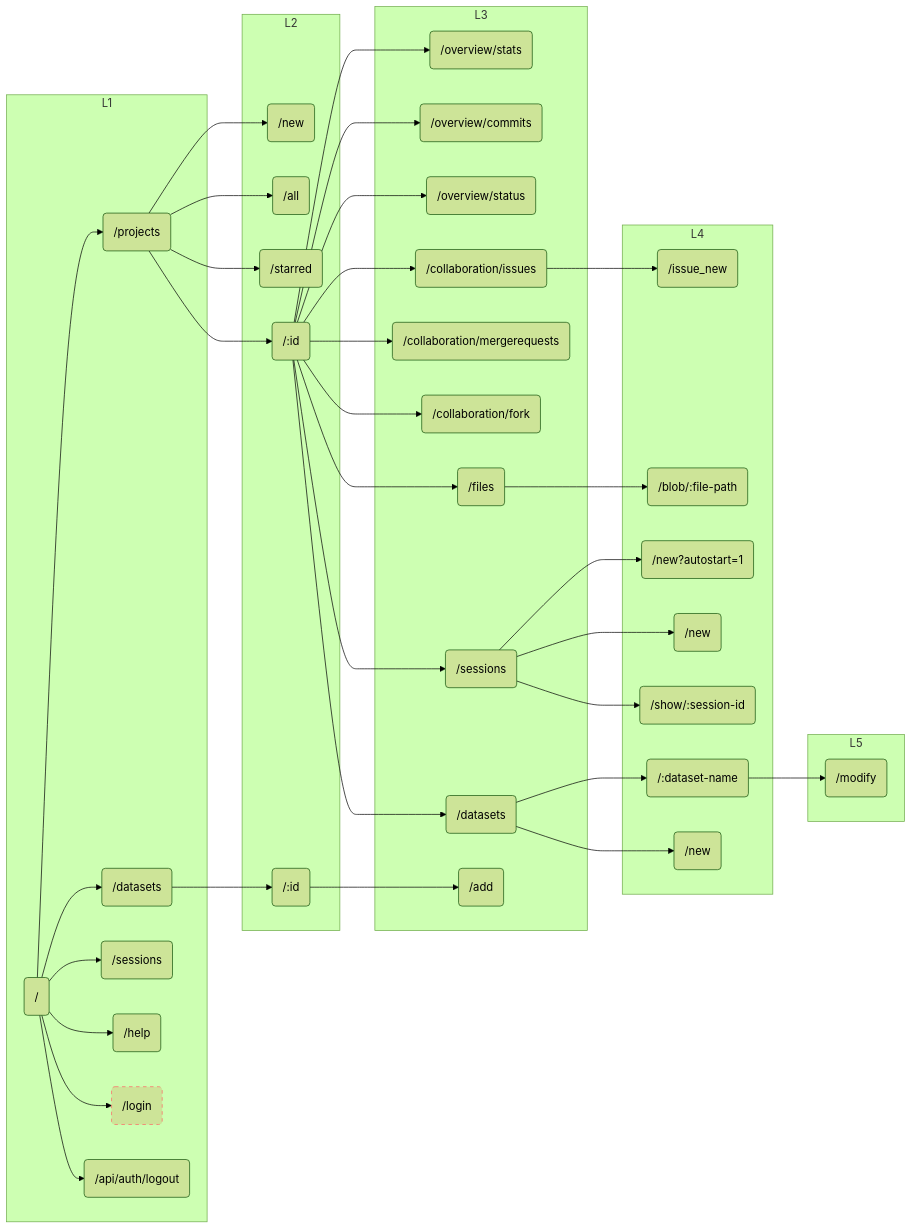
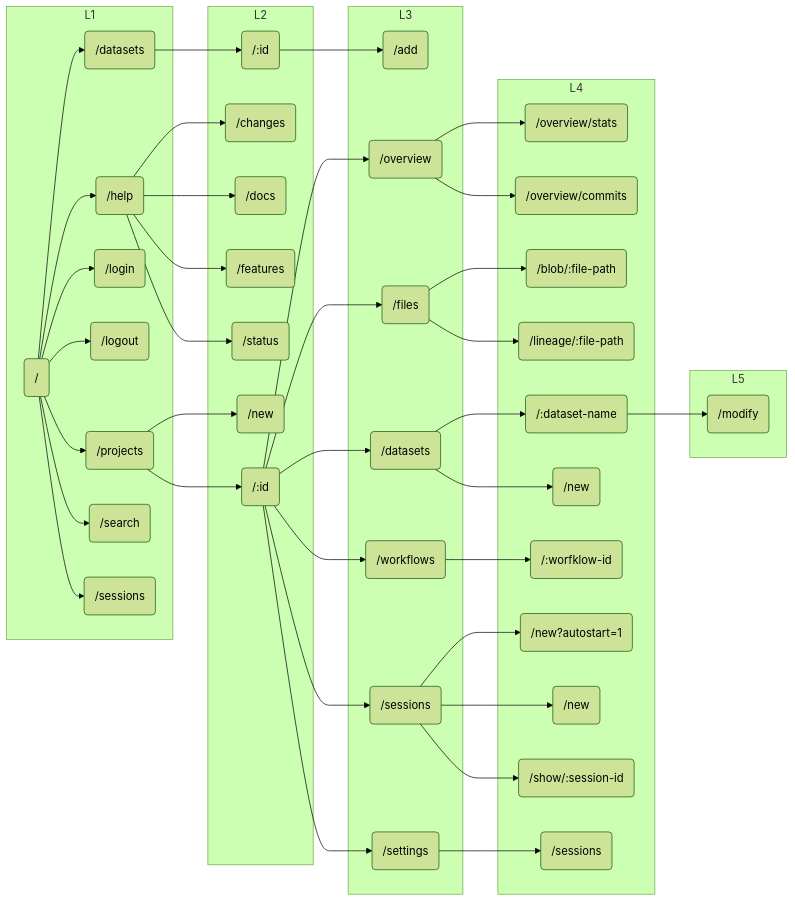
One commit to SwissDataScienceCenter/renku-ui changed the first of 2 diagrams in README.md. Above: the diagram before and after it, drawn with Mermaid (forest theme). The commit also changed other lines of this file, not shown here.

Commit message:
docs: update navigation map

````diff
--- a/README.md
+++ b/README.md
@@ -317,43 +223,46 @@
 ```mermaid
 flowchart LR
       subgraph L1
-        A(/)-->PR(/projects)
-        A-->DA(/datasets)
-        A-->SE(/sessions)
+        A(/)-->DA(/datasets)
         A-->HE(/help)
         A-->LO(/login)
-        style LO stroke:#f66,stroke-width:1px,stroke-dasharray: 5 5
-        A-->LOOUT(/api/auth/logout)
+        A-->LOOUT(/logout)
+        A-->PR(/projects)
+        A-->SEA(/search)
+        A-->SE(/sessions)
       end
       subgraph L2
         PR-->PR1(/new)
-        PR-->PR2(/all)
-        PR-->PR3(/starred)
         PR-->PRID(/:id)
         DA-->DAID(/:id)
+        HE-->HE1(/changes)
+        HE-->HE2(/docs)
+        HE-->HE3(/features)
+        HE-->HE4(/status)
       end
       subgraph L3
-        PRID-->PRID1(/overview/stats)
-        PRID-->PRID2(/overview/commits)
-        PRID-->PRID3(/overview/status)
-        PRID-->PRID4(/collaboration/issues)
-        PRID-->PRID5(/collaboration/mergerequests)
-        PRID-->PRID6(/collaboration/fork)
+        PRID-->PRID1(/overview)
         PRID-->PRFI(/files)
-        PRID-->PRSE(/sessions)
         DAID-->DAID1(/add)
         PRID-->PRIDDA(/datasets)
+        PRID-->PRID_WORKFLOWS(/workflows)
+        PRID-->PRSE(/sessions)
+        PRID-->PRID_SETTINGS(/settings)
         end
         subgraph L4
+        PRID1-->PRID11(/overview/stats)
+        PRID1-->PRID12(/overview/commits)
         PRFI-->PRFI1(/blob/:file-path)
+        PRFI-->PRFI2(/lineage/:file-path)
         PRIDDA-->PRIDDA1(/:dataset-name)
         PRIDDA-->PRIDDA2(/new)
+        PRID_WORKFLOWS-->PRID_WORKFLOWS_ID(/:worfklow-id)
         PRSE-->PRSE1(/new?autostart=1)
         PRSE-->PRSE2(/new)
         PRSE-->PRSE3(/show/:session-id)
-        PRID4-->PRID41(/issue_new)
+        PRID_SETTINGS-->PRID_SETTINGS_SESSIONS(/sessions)
         end
         subgraph L5
         PRIDDA1-->PRIDDA11(/modify)
         end
 ```
````
